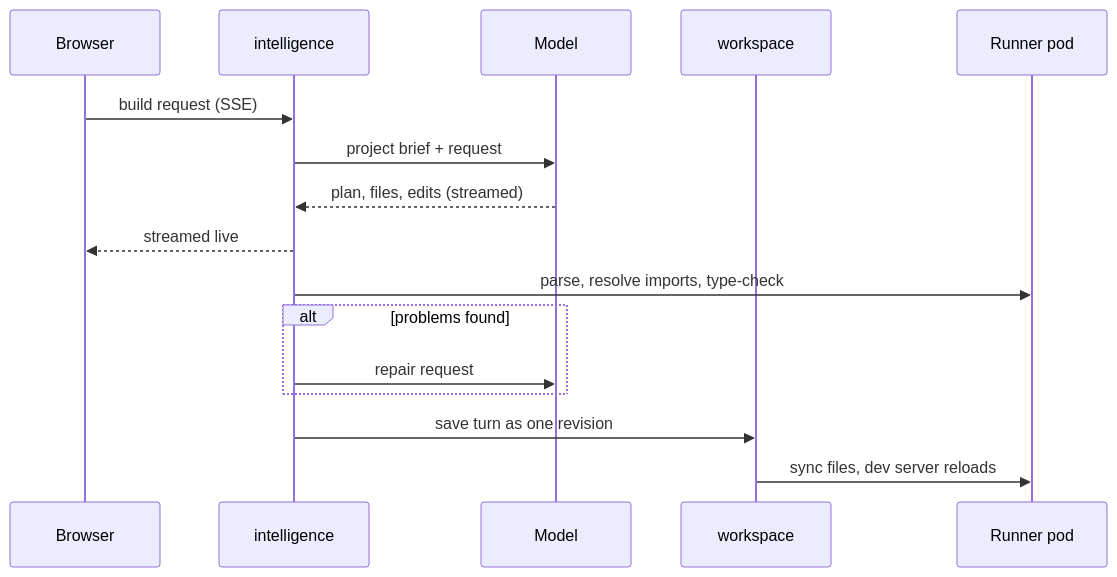
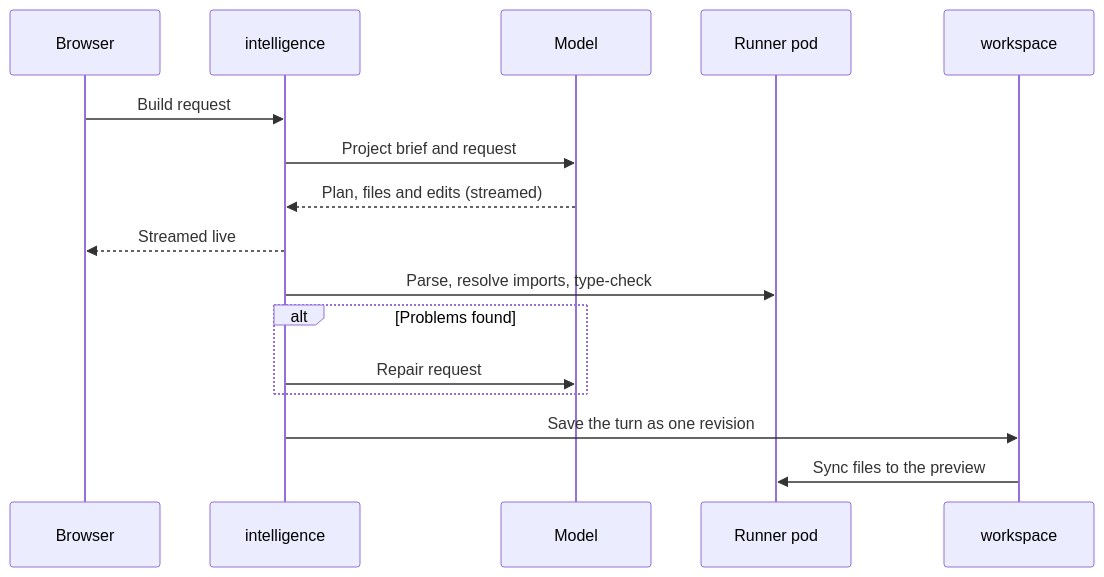
One commit to Divyanshu2805/singularity changed the second of 2 diagrams in README.md. Above: the diagram before and after it, drawn with Mermaid. The commit also changed other lines of this file and 8 other files, not shown here.

Commit message:
docs: fix mermaid diagrams and expand README

````diff
--- a/README.md
+++ b/README.md
@@ -87,18 +98,18 @@
 ```mermaid
 sequenceDiagram
     participant U as Browser
     participant I as intelligence
     participant L as Model
+    participant P as Runner pod
     participant W as workspace
-    participant P as Runner pod
-    U->>I: build request (SSE)
-    I->>L: project brief + request
-    L-->>I: plan, files, edits (streamed)
-    I-->>U: streamed live
-    I->>P: parse, resolve imports, type-check
-    alt problems found
-        I->>L: repair request
+    U->>I: Build request
+    I->>L: Project brief and request
+    L-->>I: Plan, files and edits (streamed)
+    I-->>U: Streamed live
+    I->>P: Parse, resolve imports, type-check
+    alt Problems found
+        I->>L: Repair request
     end
-    I->>W: save turn as one revision
-    W->>P: sync files, dev server reloads
+    I->>W: Save the turn as one revision
+    W->>P: Sync files to the preview
 ```
````
